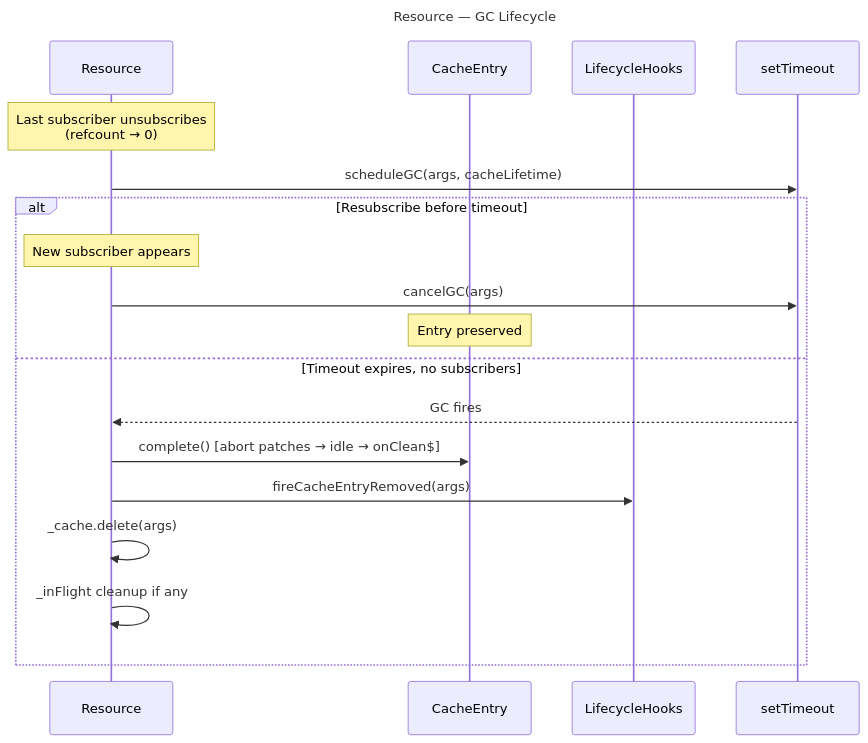
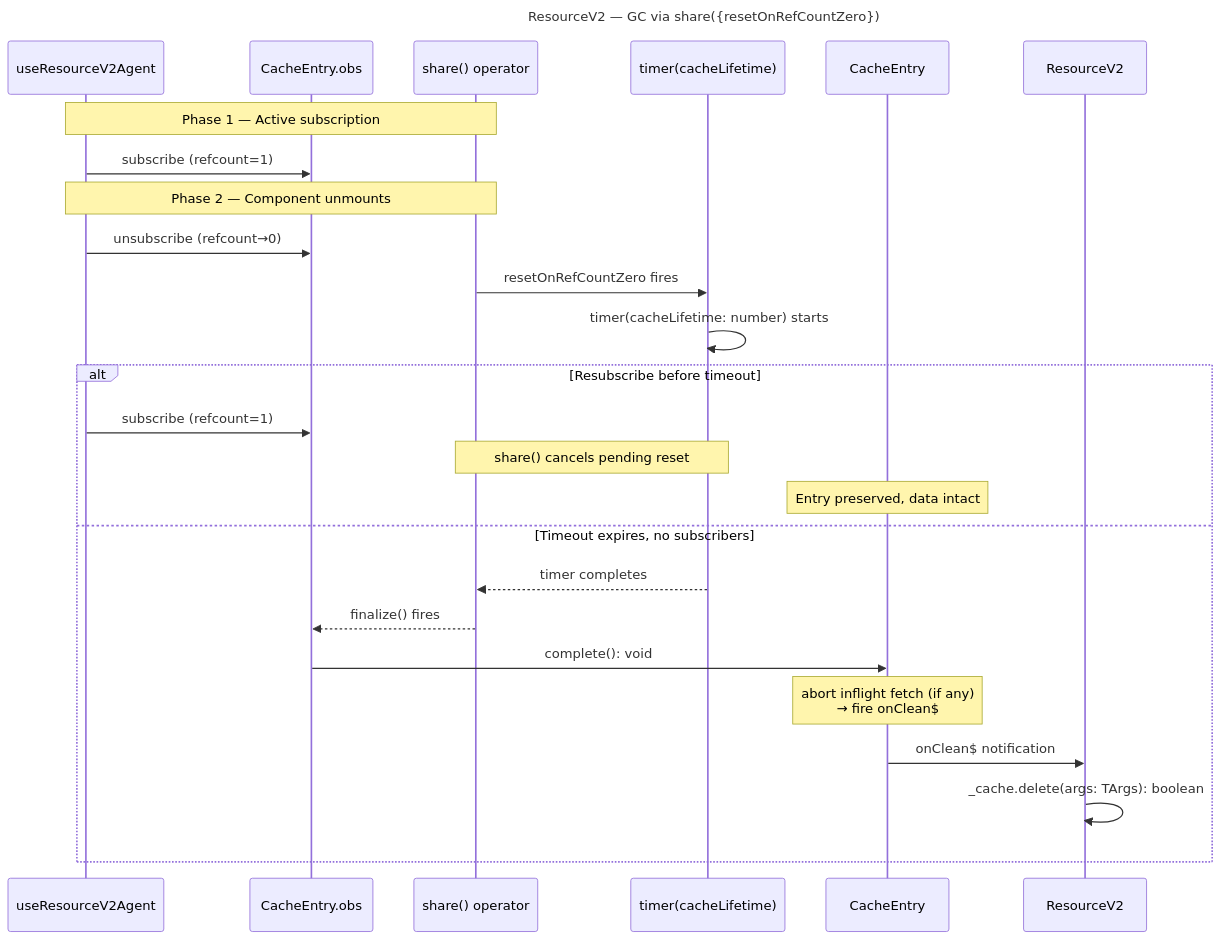
Before and after one commit to fozy-labs/rx-toolkit: the seventh of 19 diagrams in .thoughts/2026-03-23-1400_query-v2-full-implementation/02-design/02-dataflow.md, drawn with Mermaid. The commit also changed other lines of this file and 204 other files, not shown here.

````diff
--- a/.thoughts/2026-03-23-1400_query-v2-full-implementation/02-design/02-dataflow.md
+++ b/.thoughts/2026-03-23-1400_query-v2-full-implementation/02-design/02-dataflow.md
@@ -160,23 +175,31 @@
 ```mermaid
 sequenceDiagram
-    title Resource — GC Lifecycle
-    participant Res as Resource
+    title ResourceV2 — GC via share({resetOnRefCountZero})
+    participant Hook as useResourceV2Agent
+    participant Sig as CacheEntry.obs
+    participant Share as share() operator
+    participant Timer as timer(cacheLifetime)
     participant CE as CacheEntry
-    participant LH as LifecycleHooks
-    participant Timer as setTimeout
+    participant Res as ResourceV2
     
-    Note over Res: Last subscriber unsubscribes<br/>(refcount → 0)
-    Res->>Timer: scheduleGC(args, cacheLifetime)
+    Note over Hook,Share: Phase 1 — Active subscription
+    Hook->>Sig: subscribe (refcount=1)
+    
+    Note over Hook,Share: Phase 2 — Component unmounts
+    Hook->>Sig: unsubscribe (refcount→0)
+    Share->>Timer: resetOnRefCountZero fires
+    Timer->>Timer: timer(cacheLifetime: number) starts
     
     alt Resubscribe before timeout
-        Note over Res: New subscriber appears
-        Res->>Timer: cancelGC(args)
-        Note over CE: Entry preserved
+        Hook->>Sig: subscribe (refcount=1)
+        Note over Share,Timer: share() cancels pending reset
+        Note over CE: Entry preserved, data intact
     else Timeout expires, no subscribers
-        Timer-->>Res: GC fires
-        Res->>CE: complete() [abort patches → idle → onClean$]
-        Res->>LH: fireCacheEntryRemoved(args)
-        Res->>Res: _cache.delete(args)
-        Res->>Res: _inFlight cleanup if any
+        Timer-->>Share: timer completes
+        Share-->>Sig: finalize() fires
+        Sig->>CE: complete(): void
+        Note over CE: abort inflight fetch (if any)<br/>→ fire onClean$
+        CE->>Res: onClean$ notification
+        Res->>Res: _cache.delete(args: TArgs): boolean
     end
 ```
````
